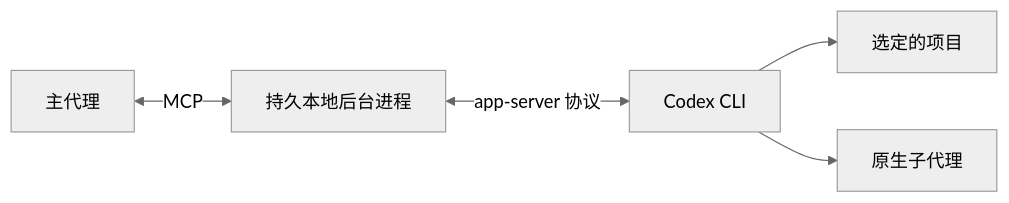
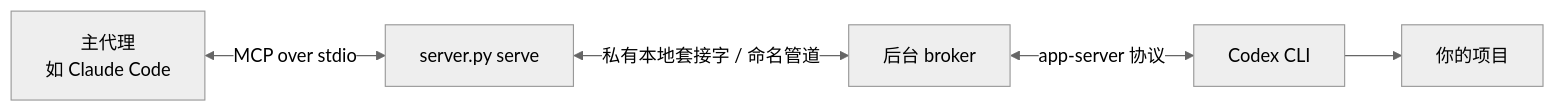
Before and after one commit to houyhlouis/codex-mcp: the diagram in README.zh-CN.md, drawn with Mermaid (neutral theme). The commit also changed other lines of this file and 56 other files, not shown here.

````diff
--- a/README.zh-CN.md
+++ b/README.zh-CN.md
@@ -97,7 +207,7 @@
 ```mermaid
 flowchart LR
-    A[主代理] <-->|MCP| B[持久本地后台进程]
-    B <-->|app-server 协议| C[Codex CLI]
-    C --> D[选定的项目]
-    C --> E[原生子代理]
+    A[主代理<br/>如 Claude Code] <-->|MCP over stdio| B[server.py serve]
+    B <-->|私有本地套接字 / 命名管道| C[后台 broker]
+    C <-->|app-server 协议| D[Codex CLI]
+    D --> E[你的项目]
 ```
````
